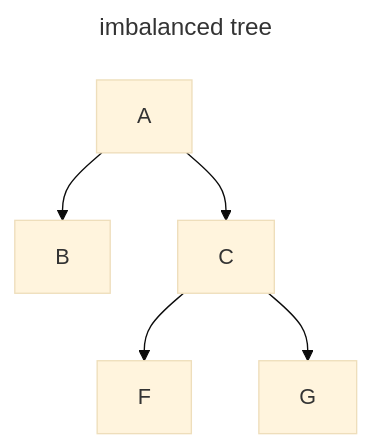
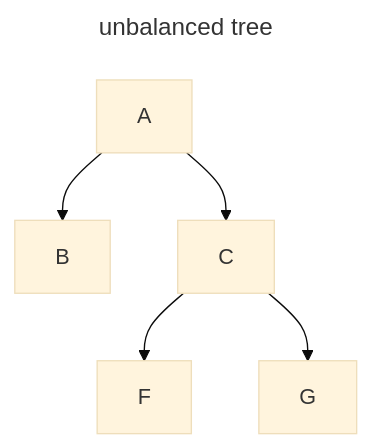
Before and after one commit to Eathyn/blog: the second of 3 diagrams in src/cs/dsa/non-linear_structure/tree/binary_tree/binary_search_tree/index.md, drawn with Mermaid (base theme). The commit also changed other lines of this file and 3 other files, not shown here.

````diff
--- a/src/cs/dsa/non-linear_structure/tree/binary_tree/binary_search_tree/index.md
+++ b/src/cs/dsa/non-linear_structure/tree/binary_tree/binary_search_tree/index.md
@@ -43,10 +44,10 @@
 ```mermaid
 ---
-title: imbalanced tree
+title: unbalanced tree
 ---
 flowchart TB
   A --> B
   A --> C
   C --> F
   C --> G
 ```
````
